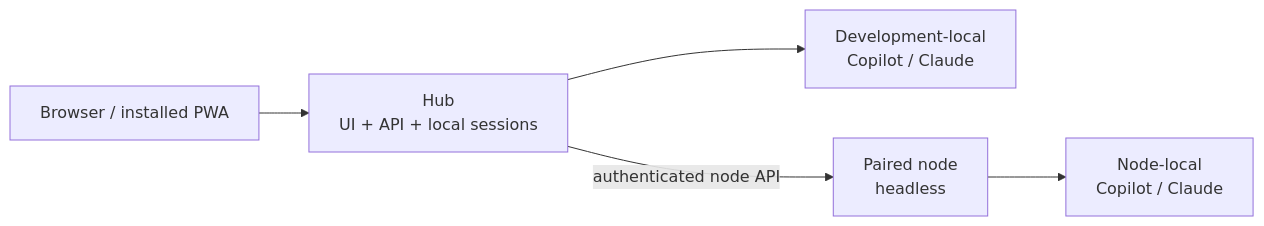
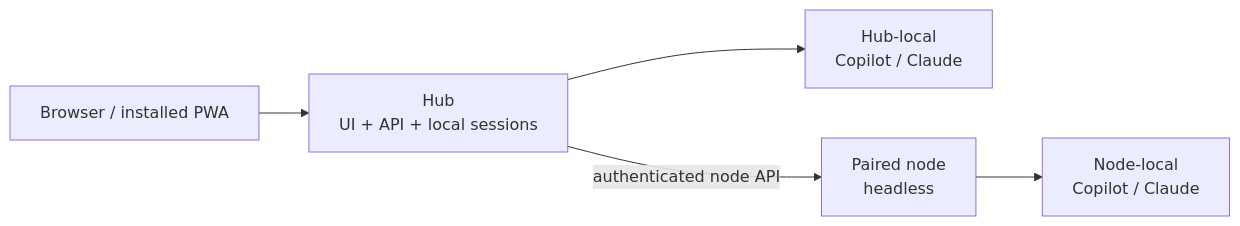
The first of 3 diagrams in README.md (lhcavalcanti/agentic-remote), drawn with Mermaid before and after one commit. The commit also changed other lines of this file and 12 other files, not shown here.

````diff
--- a/README.md
+++ b/README.md
@@ -37,7 +37,7 @@
 ```mermaid
 flowchart LR
     Browser["Browser / installed PWA"] --> Hub["Hub<br/>UI + API + local sessions"]
-    Hub --> Local["Development-local<br/>Copilot / Claude"]
+    Hub --> Local["Hub-local<br/>Copilot / Claude"]
     Hub -->|"authenticated node API"| Node["Paired node<br/>headless"]
     Node --> Remote["Node-local<br/>Copilot / Claude"]
 ```
````
